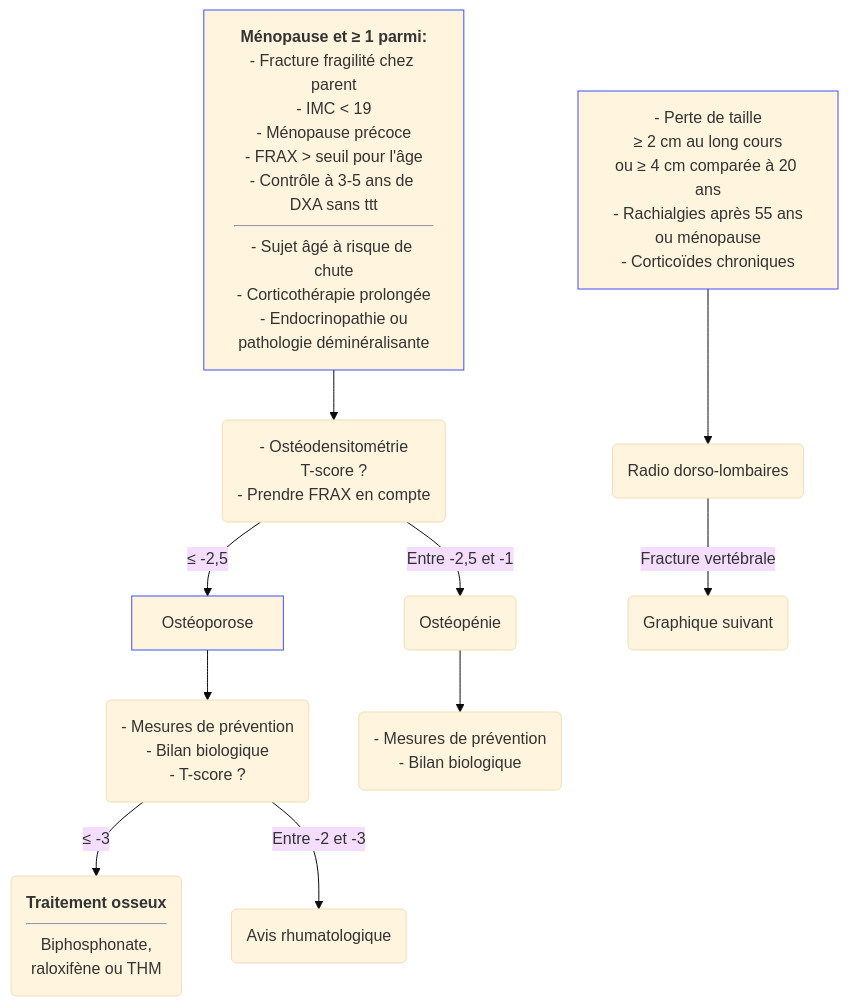
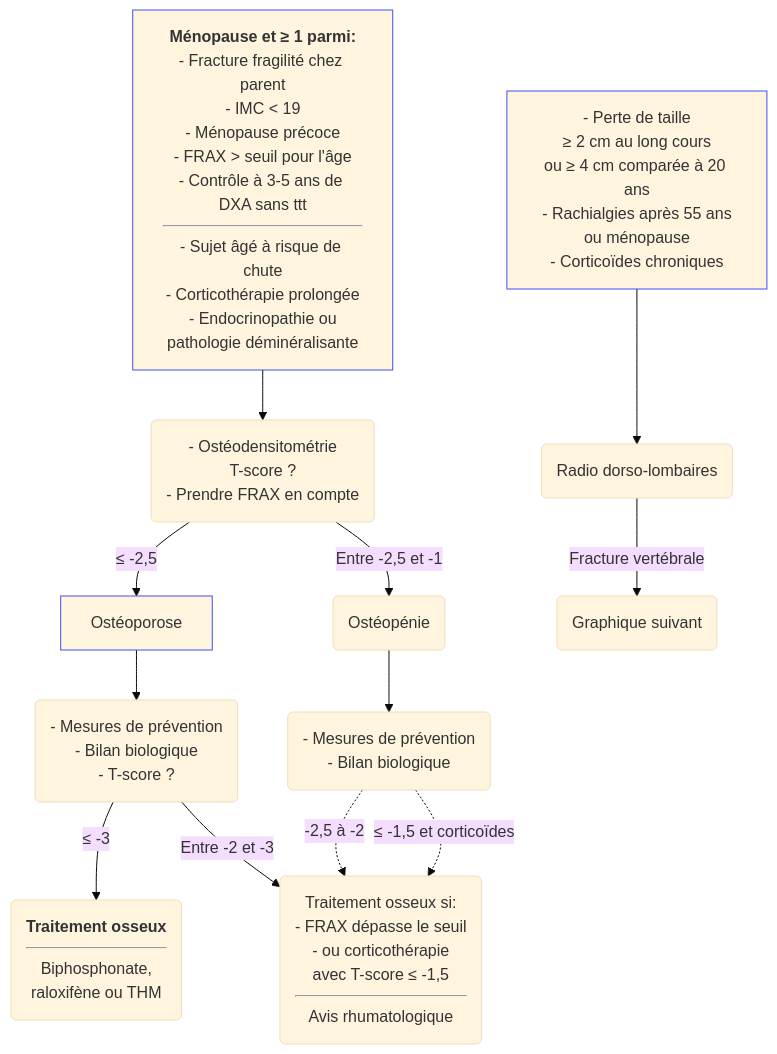
Before and after one commit to djibe/recommandations-medicales: the first of 2 diagrams in content/recommandations/osteoporose.md, drawn with Mermaid (base theme). The commit also changed other lines of this file and 1 other file, not shown here.

```diff
--- a/content/recommandations/osteoporose.md
+++ b/content/recommandations/osteoporose.md
@@ -438,13 +455,14 @@
 {{< mermaid title="Dépistage de l'ostéoporose en l'absence d'antécédent de fracture. JB Fron d'après SFRhumato 2018 et HAS lombalgie 2019" >}}
 graph TB
   menopause["<b>Ménopause et &ge; 1 parmi:</b><br>- Fracture fragilité chez parent<br>- IMC &lt; 19<br>- Ménopause précoce<br>- FRAX &gt; seuil pour l'âge<br>- Contrôle à 3-5 ans de DXA sans ttt<hr>- Sujet âgé à risque de chute<br>- Corticothérapie prolongée<br>- Endocrinopathie ou<br>pathologie déminéralisante"]
   style menopause stroke:#4150f5, stroke-width:1px
     menopause --> DXA("- Ostéodensitométrie<br>T-score ?<br>- Prendre FRAX en compte")
       DXA -- "&le; -2,5" --> Ostéoporose --> prev("- Mesures de prévention<br>- Bilan biologique<br>- T-score ?")
       style Ostéoporose stroke:#4150f5, stroke-width:1px
         prev -- "&le; -3" --> traitement("<b>Traitement osseux</b><hr>Biphosphonate,<br>raloxifène ou THM")
-        prev -- "Entre -2 et -3" --> avis(Avis rhumatologique)
-      DXA -- "Entre -2,5 et -1" --> osteopenie(Ostéopénie) --> prevention("- Mesures de prévention<br>- Bilan biologique")
+        prev -- "Entre -2 et -3" --> avis("Traitement osseux si:<br>- FRAX dépasse le seuil<br>- ou corticothérapie<br>avec T-score &le; -1,5<hr>Avis rhumatologique")
+      DXA -- "Entre -2,5 et -1" --> osteopenie(Ostéopénie) --> prevention("- Mesures de prévention<br>- Bilan biologique") -. "-2,5 à -2" .-> avis
+      prevention -. "&le; -1,5 et corticoïdes".-> avis
   perteTaille["- Perte de taille<br>&ge; 2 cm au long cours<br>ou &ge; 4 cm comparée à 20 ans<br>- Rachialgies après 55 ans<br>ou ménopause<br>- Corticoïdes chroniques"] --> radio(Radio dorso-lombaires) -- Fracture vertébrale --> x(Graphique suivant)
   style perteTaille stroke:#4150f5, stroke-width:1px
 {{< /mermaid >}}
```
